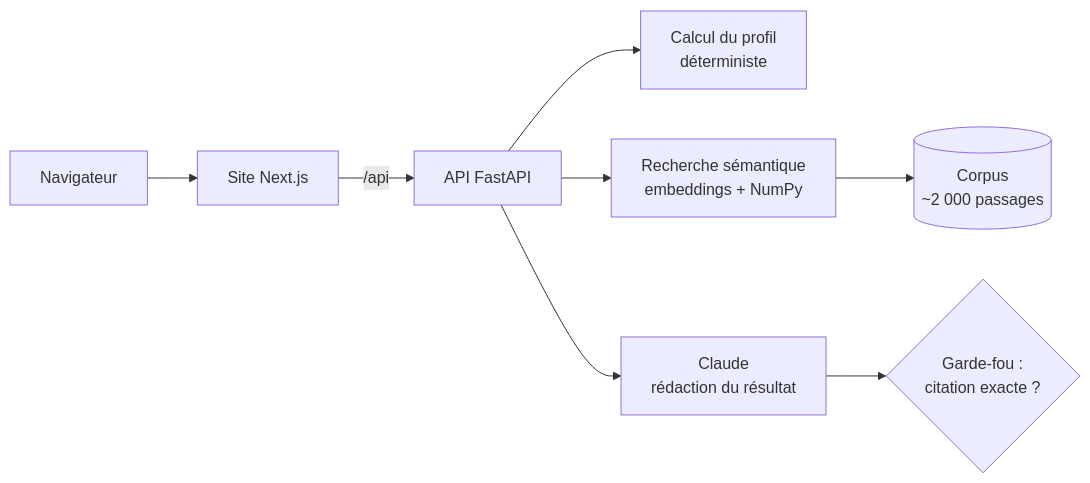
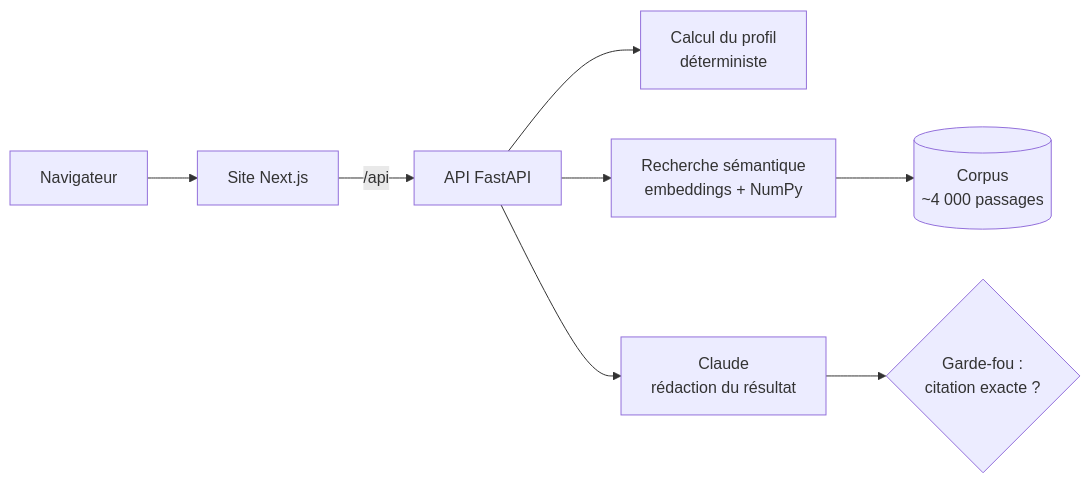
One commit to taounisami-netizen/philo-metier changed the diagram in README.md. Above: the diagram before and after it, drawn with Mermaid. The commit also changed other lines of this file and 2 other files, not shown here.

Commit message:
Corpus : 9 nouveaux livres (3 922 passages) et tirage varié des citations

````diff
--- a/README.md
+++ b/README.md
@@ -23,10 +23,10 @@
 ```mermaid
 flowchart LR
     U[Navigateur] --> N[Site Next.js]
     N -->|/api| F[API FastAPI]
     F --> S[Calcul du profil<br/>déterministe]
     F --> R[Recherche sémantique<br/>embeddings + NumPy]
-    R --> C[(Corpus<br/>~2 000 passages)]
+    R --> C[(Corpus<br/>~4 000 passages)]
     F --> L[Claude<br/>rédaction du résultat]
     L --> G{Garde-fou :<br/>citation exacte ?}
 ```
````
